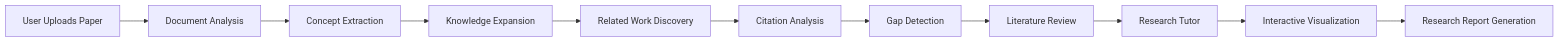
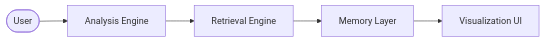
Before and after one commit to Yuyutsu01/ResearchMind: the diagram in README.md, drawn with Mermaid. The commit also changed other lines of this file, not shown here.

````diff
--- a/README.md
+++ b/README.md
@@ -338,13 +45,7 @@
 ```mermaid
 graph LR
-    U[User Uploads Paper] --> DA[Document Analysis]
-    DA --> CE[Concept Extraction]
-    CE --> KE[Knowledge Expansion]
-    KE --> RD[Related Work Discovery]
-    RD --> CA[Citation Analysis]
-    CA --> GD[Gap Detection]
-    GD --> LR[Literature Review]
-    LR --> RT[Research Tutor]
-    RT --> IV[Interactive Visualization]
-    IV --> RG[Research Report Generation]
+    User([User]) --> AE[Analysis Engine]
+    AE --> Ret[Retrieval Engine]
+    Ret --> Mem[Memory Layer]
+    Mem --> Vis[Visualization UI]
 ```
````
